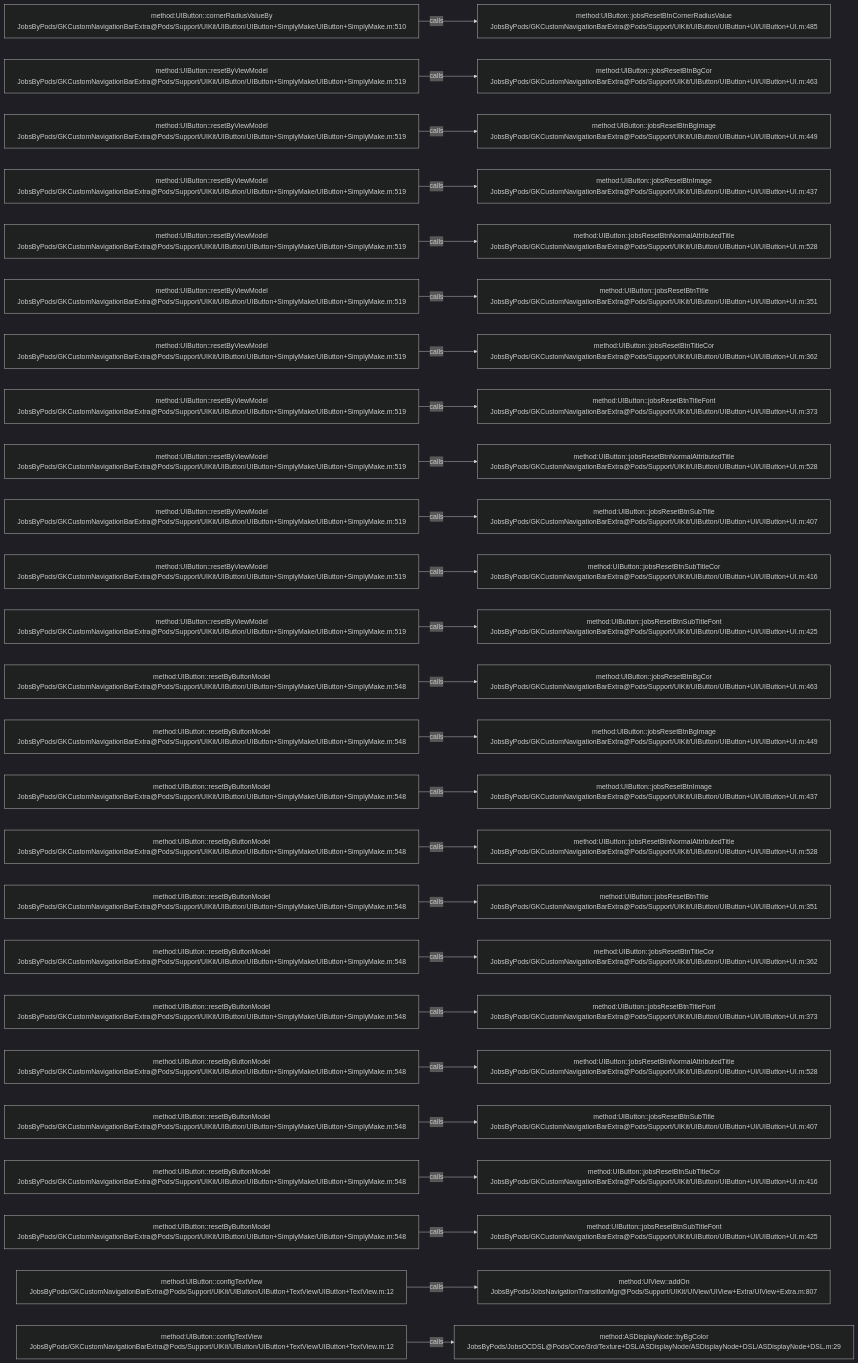
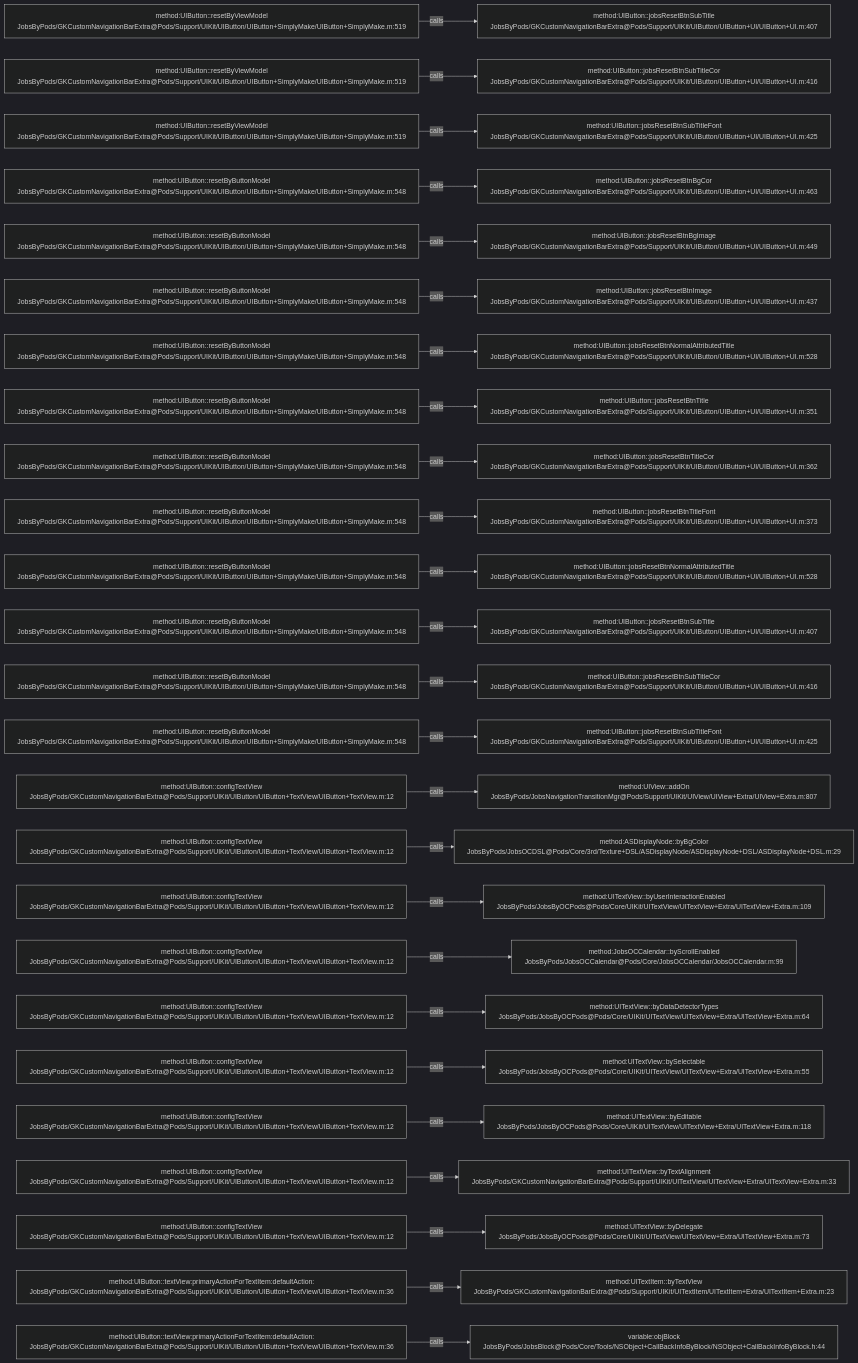
The diagram in .codegraph/codegraph.md/graphs/calls-025.md (JobsKits/JobsOCBaseConfigDemo), drawn with Mermaid (dark theme) before and after one commit. The commit also changed 223 other files, not shown here.

````diff
--- a/.codegraph/codegraph.md/graphs/calls-025.md
+++ b/.codegraph/codegraph.md/graphs/calls-025.md
@@ -13,78 +13,78 @@
 ```mermaid
 flowchart LR
-  S1["method:UIButton::cornerRadiusValueBy<br/>JobsByPods/GKCustomNavigationBarExtra@Pods/Support/UIKit/UIButton/UIButton+SimplyMake/UIButton+SimplyMake.m:510"]
-  T1["method:UIButton::jobsResetBtnCornerRadiusValue<br/>JobsByPods/GKCustomNavigationBarExtra@Pods/Support/UIKit/UIButton/UIButton+UI/UIButton+UI.m:485"]
+  S1["method:UIButton::resetByViewModel<br/>JobsByPods/GKCustomNavigationBarExtra@Pods/Support/UIKit/UIButton/UIButton+SimplyMake/UIButton+SimplyMake.m:519"]
+  T1["method:UIButton::jobsResetBtnSubTitle<br/>JobsByPods/GKCustomNavigationBarExtra@Pods/Support/UIKit/UIButton/UIButton+UI/UIButton+UI.m:407"]
   S1 -->|calls| T1
   S2["method:UIButton::resetByViewModel<br/>JobsByPods/GKCustomNavigationBarExtra@Pods/Support/UIKit/UIButton/UIButton+SimplyMake/UIButton+SimplyMake.m:519"]
-  T2["method:UIButton::jobsResetBtnBgCor<br/>JobsByPods/GKCustomNavigationBarExtra@Pods/Support/UIKit/UIButton/UIButton+UI/UIButton+UI.m:463"]
+  T2["method:UIButton::jobsResetBtnSubTitleCor<br/>JobsByPods/GKCustomNavigationBarExtra@Pods/Support/UIKit/UIButton/UIButton+UI/UIButton+UI.m:416"]
   S2 -->|calls| T2
   S3["method:UIButton::resetByViewModel<br/>JobsByPods/GKCustomNavigationBarExtra@Pods/Support/UIKit/UIButton/UIButton+SimplyMake/UIButton+SimplyMake.m:519"]
-  T3["method:UIButton::jobsResetBtnBgImage<br/>JobsByPods/GKCustomNavigationBarExtra@Pods/Support/UIKit/UIButton/UIButton+UI/UIButton+UI.m:449"]
+  T3["method:UIButton::jobsResetBtnSubTitleFont<br/>JobsByPods/GKCustomNavigationBarExtra@Pods/Support/UIKit/UIButton/UIButton+UI/UIButton+UI.m:425"]
   S3 -->|calls| T3
-  S4["method:UIButton::resetByViewModel<br/>JobsByPods/GKCustomNavigationBarExtra@Pods/Support/UIKit/UIButton/UIButton+SimplyMake/UIButton+SimplyMake.m:519"]
-  T4["method:UIButton::jobsResetBtnImage<br/>JobsByPods/GKCustomNavigationBarExtra@Pods/Support/UIKit/UIButton/UIButton+UI/UIButton+UI.m:437"]
+  S4["method:UIButton::resetByButtonModel<br/>JobsByPods/GKCustomNavigationBarExtra@Pods/Support/UIKit/UIButton/UIButton+SimplyMake/UIButton+SimplyMake.m:548"]
+  T4["method:UIButton::jobsResetBtnBgCor<br/>JobsByPods/GKCustomNavigationBarExtra@Pods/Support/UIKit/UIButton/UIButton+UI/UIButton+UI.m:463"]
   S4 -->|calls| T4
-  S5["method:UIButton::resetByViewModel<br/>JobsByPods/GKCustomNavigationBarExtra@Pods/Support/UIKit/UIButton/UIButton+SimplyMake/UIButton+SimplyMake.m:519"]
-  T5["method:UIButton::jobsResetBtnNormalAttributedTitle<br/>JobsByPods/GKCustomNavigationBarExtra@Pods/Support/UIKit/UIButton/UIButton+UI/UIButton+UI.m:528"]
+  S5["method:UIButton::resetByButtonModel<br/>JobsByPods/GKCustomNavigationBarExtra@Pods/Support/UIKit/UIButton/UIButton+SimplyMake/UIButton+SimplyMake.m:548"]
+  T5["method:UIButton::jobsResetBtnBgImage<br/>JobsByPods/GKCustomNavigationBarExtra@Pods/Support/UIKit/UIButton/UIButton+UI/UIButton+UI.m:449"]
   S5 -->|calls| T5
-  S6["method:UIButton::resetByViewModel<br/>JobsByPods/GKCustomNavigationBarExtra@Pods/Support/UIKit/UIButton/UIButton+SimplyMake/UIButton+SimplyMake.m:519"]
-  T6["method:UIButton::jobsResetBtnTitle<br/>JobsByPods/GKCustomNavigationBarExtra@Pods/Support/UIKit/UIButton/UIButton+UI/UIButton+UI.m:351"]
+  S6["method:UIButton::resetByButtonModel<br/>JobsByPods/GKCustomNavigationBarExtra@Pods/Support/UIKit/UIButton/UIButton+SimplyMake/UIButton+SimplyMake.m:548"]
+  T6["method:UIButton::jobsResetBtnImage<br/>JobsByPods/GKCustomNavigationBarExtra@Pods/Support/UIKit/UIButton/UIButton+UI/UIButton+UI.m:437"]
   S6 -->|calls| T6
-  S7["method:UIButton::resetByViewModel<br/>JobsByPods/GKCustomNavigationBarExtra@Pods/Support/UIKit/UIButton/UIButton+SimplyMake/UIButton+SimplyMake.m:519"]
-  T7["method:UIButton::jobsResetBtnTitleCor<br/>JobsByPods/GKCustomNavigationBarExtra@Pods/Support/UIKit/UIButton/UIButton+UI/UIButton+UI.m:362"]
+  S7["method:UIButton::resetByButtonModel<br/>JobsByPods/GKCustomNavigationBarExtra@Pods/Support/UIKit/UIButton/UIButton+SimplyMake/UIButton+SimplyMake.m:548"]
+  T7["method:UIButton::jobsResetBtnNormalAttributedTitle<br/>JobsByPods/GKCustomNavigationBarExtra@Pods/Support/UIKit/UIButton/UIButton+UI/UIButton+UI.m:528"]
   S7 -->|calls| T7
-  S8["method:UIButton::resetByViewModel<br/>JobsByPods/GKCustomNavigationBarExtra@Pods/Support/UIKit/UIButton/UIButton+SimplyMake/UIButton+SimplyMake.m:519"]
-  T8["method:UIButton::jobsResetBtnTitleFont<br/>JobsByPods/GKCustomNavigationBarExtra@Pods/Support/UIKit/UIButton/UIButton+UI/UIButton+UI.m:373"]
+  S8["method:UIButton::resetByButtonModel<br/>JobsByPods/GKCustomNavigationBarExtra@Pods/Support/UIKit/UIButton/UIButton+SimplyMake/UIButton+SimplyMake.m:548"]
+  T8["method:UIButton::jobsResetBtnTitle<br/>JobsByPods/GKCustomNavigationBarExtra@Pods/Support/UIKit/UIButton/UIButton+UI/UIButton+UI.m:351"]
   S8 -->|calls| T8
-  S9["method:UIButton::resetByViewModel<br/>JobsByPods/GKCustomNavigationBarExtra@Pods/Support/UIKit/UIButton/UIButton+SimplyMake/UIButton+SimplyMake.m:519"]
-  T9["method:UIButton::jobsResetBtnNormalAttributedTitle<br/>JobsByPods/GKCustomNavigationBarExtra@Pods/Support/UIKit/UIButton/UIButton+UI/UIButton+UI.m:528"]
+  S9["method:UIButton::resetByButtonModel<br/>JobsByPods/GKCustomNavigationBarExtra@Pods/Support/UIKit/UIButton/UIButton+SimplyMake/UIButton+SimplyMake.m:548"]
+  T9["method:UIButton::jobsResetBtnTitleCor<br/>JobsByPods/GKCustomNavigationBarExtra@Pods/Support/UIKit/UIButton/UIButton+UI/UIButton+UI.m:362"]
   S9 -->|calls| T9
-  S10["method:UIButton::resetByViewModel<br/>JobsByPods/GKCustomNavigationBarExtra@Pods/Support/UIKit/UIButton/UIButton+SimplyMake/UIButton+SimplyMake.m:519"]
-  T10["method:UIButton::jobsResetBtnSubTitle<br/>JobsByPods/GKCustomNavigationBarExtra@Pods/Support/UIKit/UIButton/UIButton+UI/UIButton+UI.m:407"]
+  S10["method:UIButton::resetByButtonModel<br/>JobsByPods/GKCustomNavigationBarExtra@Pods/Support/UIKit/UIButton/UIButton+SimplyMake/UIButton+SimplyMake.m:548"]
+  T10["method:UIButton::jobsResetBtnTitleFont<br/>JobsByPods/GKCustomNavigationBarExtra@Pods/Support/UIKit/UIButton/UIButton+UI/UIButton+UI.m:373"]
   S10 -->|calls| T10
-  S11["method:UIButton::resetByViewModel<br/>JobsByPods/GKCustomNavigationBarExtra@Pods/Support/UIKit/UIButton/UIButton+SimplyMake/UIButton+SimplyMake.m:519"]
-  T11["method:UIButton::jobsResetBtnSubTitleCor<br/>JobsByPods/GKCustomNavigationBarExtra@Pods/Support/UIKit/UIButton/UIButton+UI/UIButton+UI.m:416"]
+  S11["method:UIButton::resetByButtonModel<br/>JobsByPods/GKCustomNavigationBarExtra@Pods/Support/UIKit/UIButton/UIButton+SimplyMake/UIButton+SimplyMake.m:548"]
+  T11["method:UIButton::jobsResetBtnNormalAttributedTitle<br/>JobsByPods/GKCustomNavigationBarExtra@Pods/Support/UIKit/UIButton/UIButton+UI/UIButton+UI.m:528"]
   S11 -->|calls| T11
-  S12["method:UIButton::resetByViewModel<br/>JobsByPods/GKCustomNavigationBarExtra@Pods/Support/UIKit/UIButton/UIButton+SimplyMake/UIButton+SimplyMake.m:519"]
-  T12["method:UIButton::jobsResetBtnSubTitleFont<br/>JobsByPods/GKCustomNavigationBarExtra@Pods/Support/UIKit/UIButton/UIButton+UI/UIButton+UI.m:425"]
+  S12["method:UIButton::resetByButtonModel<br/>JobsByPods/GKCustomNavigationBarExtra@Pods/Support/UIKit/UIButton/UIButton+SimplyMake/UIButton+SimplyMake.m:548"]
+  T12["method:UIButton::jobsResetBtnSubTitle<br/>JobsByPods/GKCustomNavigationBarExtra@Pods/Support/UIKit/UIButton/UIButton+UI/UIButton+UI.m:407"]
   S12 -->|calls| T12
   S13["method:UIButton::resetByButtonModel<br/>JobsByPods/GKCustomNavigationBarExtra@Pods/Support/UIKit/UIButton/UIButton+SimplyMake/UIButton+SimplyMake.m:548"]
-  T13["method:UIButton::jobsResetBtnBgCor<br/>JobsByPods/GKCustomNavigationBarExtra@Pods/Support/UIKit/UIButton/UIButton+UI/UIButton+UI.m:463"]
+  T13["method:UIButton::jobsResetBtnSubTitleCor<br/>JobsByPods/GKCustomNavigationBarExtra@Pods/Support/UIKit/UIButton/UIButton+UI/UIButton+UI.m:416"]
   S13 -->|calls| T13
   S14["method:UIButton::resetByButtonModel<br/>JobsByPods/GKCustomNavigationBarExtra@Pods/Support/UIKit/UIButton/UIButton+SimplyMake/UIButton+SimplyMake.m:548"]
-  T14["method:UIButton::jobsResetBtnBgImage<br/>JobsByPods/GKCustomNavigationBarExtra@Pods/Support/UIKit/UIButton/UIButton+UI/UIButton+UI.m:449"]
+  T14["method:UIButton::jobsResetBtnSubTitleFont<br/>JobsByPods/GKCustomNavigationBarExtra@Pods/Support/UIKit/UIButton/UIButton+UI/UIButton+UI.m:425"]
   S14 -->|calls| T14
-  S15["method:UIButton::resetByButtonModel<br/>JobsByPods/GKCustomNavigationBarExtra@Pods/Support/UIKit/UIButton/UIButton+SimplyMake/UIButton+SimplyMake.m:548"]
-  T15["method:UIButton::jobsResetBtnImage<br/>JobsByPods/GKCustomNavigationBarExtra@Pods/Support/UIKit/UIButton/UIButton+UI/UIButton+UI.m:437"]
+  S15["method:UIButton::configTextView<br/>JobsByPods/GKCustomNavigationBarExtra@Pods/Support/UIKit/UIButton/UIButton+TextView/UIButton+TextView.m:12"]
+  T15["method:UIView::addOn<br/>JobsByPods/JobsNavigationTransitionMgr@Pods/Support/UIKit/UIView/UIView+Extra/UIView+Extra.m:807"]
   S15 -->|calls| T15
-  S16["method:UIButton::resetByButtonModel<br/>JobsByPods/GKCustomNavigationBarExtra@Pods/Support/UIKit/UIButton/UIButton+SimplyMake/UIButton+SimplyMake.m:548"]
-  T16["method:UIButton::jobsResetBtnNormalAttributedTitle<br/>JobsByPods/GKCustomNavigationBarExtra@Pods/Support/UIKit/UIButton/UIButton+UI/UIButton+UI.m:528"]
+  S16["method:UIButton::configTextView<br/>JobsByPods/GKCustomNavigationBarExtra@Pods/Support/UIKit/UIButton/UIButton+TextView/UIButton+TextView.m:12"]
+  T16["method:ASDisplayNode::byBgColor<br/>JobsByPods/JobsOCDSL@Pods/Core/3rd/Texture+DSL/ASDisplayNode/ASDisplayNode+DSL/ASDisplayNode+DSL.m:29"]
   S16 -->|calls| T16
-  S17["method:UIButton::resetByButtonModel<br/>JobsByPods/GKCustomNavigationBarExtra@Pods/Support/UIKit/UIButton/UIButton+SimplyMake/UIButton+SimplyMake.m:548"]
-  T17["method:UIButton::jobsResetBtnTitle<br/>JobsByPods/GKCustomNavigationBarExtra@Pods/Support/UIKit/UIButton/UIButton+UI/UIButton+UI.m:351"]
+  S17["method:UIButton::configTextView<br/>JobsByPods/GKCustomNavigationBarExtra@Pods/Support/UIKit/UIButton/UIButton+TextView/UIButton+TextView.m:12"]
+  T17["method:UITextView::byUserInteractionEnabled<br/>JobsByPods/JobsByOCPods@Pods/Core/UIKit/UITextView/UITextView+Extra/UITextView+Extra.m:109"]
   S17 -->|calls| T17
-  S18["method:UIButton::resetByButtonModel<br/>JobsByPods/GKCustomNavigationBarExtra@Pods/Support/UIKit/UIButton/UIButton+SimplyMake/UIButton+SimplyMake.m:548"]
-  T18["method:UIButton::jobsResetBtnTitleCor<br/>JobsByPods/GKCustomNavigationBarExtra@Pods/Support/UIKit/UIButton/UIButton+UI/UIButton+UI.m:362"]
+  S18["method:UIButton::configTextView<br/>JobsByPods/GKCustomNavigationBarExtra@Pods/Support/UIKit/UIButton/UIButton+TextView/UIButton+TextView.m:12"]
+  T18["method:JobsOCCalendar::byScrollEnabled<br/>JobsByPods/JobsOCCalendar@Pods/Core/JobsOCCalendar/JobsOCCalendar.m:99"]
   S18 -->|calls| T18
-  S19["method:UIButton::resetByButtonModel<br/>JobsByPods/GKCustomNavigationBarExtra@Pods/Support/UIKit/UIButton/UIButton+SimplyMake/UIButton+SimplyMake.m:548"]
-  T19["method:UIButton::jobsResetBtnTitleFont<br/>JobsByPods/GKCustomNavigationBarExtra@Pods/Support/UIKit/UIButton/UIButton+UI/UIButton+UI.m:373"]
+  S19["method:UIButton::configTextView<br/>JobsByPods/GKCustomNavigationBarExtra@Pods/Support/UIKit/UIButton/UIButton+TextView/UIButton+TextView.m:12"]
+  T19["method:UITextView::byDataDetectorTypes<br/>JobsByPods/JobsByOCPods@Pods/Core/UIKit/UITextView/UITextView+Extra/UITextView+Extra.m:64"]
   S19 -->|calls| T19
-  S20["method:UIButton::resetByButtonModel<br/>JobsByPods/GKCustomNavigationBarExtra@Pods/Support/UIKit/UIButton/UIButton+SimplyMake/UIButton+SimplyMake.m:548"]
-  T20["method:UIButton::jobsResetBtnNormalAttributedTitle<br/>JobsByPods/GKCustomNavigationBarExtra@Pods/Support/UIKit/UIButton/UIButton+UI/UIButton+UI.m:528"]
+  S20["method:UIButton::configTextView<br/>JobsByPods/GKCustomNavigationBarExtra@Pods/Support/UIKit/UIButton/UIButton+TextView/UIButton+TextView.m:12"]
+  T20["method:UITextView::bySelectable<br/>JobsByPods/JobsByOCPods@Pods/Core/UIKit/UITextView/UITextView+Extra/UITextView+Extra.m:55"]
   S20 -->|calls| T20
-  S21["method:UIButton::resetByButtonModel<br/>JobsByPods/GKCustomNavigationBarExtra@Pods/Support/UIKit/UIButton/UIButton+SimplyMake/UIButton+SimplyMake.m:548"]
-  T21["method:UIButton::jobsResetBtnSubTitle<br/>JobsByPods/GKCustomNavigationBarExtra@Pods/Support/UIKit/UIButton/UIButton+UI/UIButton+UI.m:407"]
+  S21["method:UIButton::configTextView<br/>JobsByPods/GKCustomNavigationBarExtra@Pods/Support/UIKit/UIButton/UIButton+TextView/UIButton+TextView.m:12"]
+  T21["method:UITextView::byEditable<br/>JobsByPods/JobsByOCPods@Pods/Core/UIKit/UITextView/UITextView+Extra/UITextView+Extra.m:118"]
   S21 -->|calls| T21
-  S22["method:UIButton::resetByButtonModel<br/>JobsByPods/GKCustomNavigationBarExtra@Pods/Support/UIKit/UIButton/UIButton+SimplyMake/UIButton+SimplyMake.m:548"]
-  T22["method:UIButton::jobsResetBtnSubTitleCor<br/>JobsByPods/GKCustomNavigationBarExtra@Pods/Support/UIKit/UIButton/UIButton+UI/UIButton+UI.m:416"]
+  S22["method:UIButton::configTextView<br/>JobsByPods/GKCustomNavigationBarExtra@Pods/Support/UIKit/UIButton/UIButton+TextView/UIButton+TextView.m:12"]
+  T22["method:UITextView::byTextAlignment<br/>JobsByPods/GKCustomNavigationBarExtra@Pods/Support/UIKit/UITextView/UITextView+Extra/UITextView+Extra.m:33"]
   S22 -->|calls| T22
-  S23["method:UIButton::resetByButtonModel<br/>JobsByPods/GKCustomNavigationBarExtra@Pods/Support/UIKit/UIButton/UIButton+SimplyMake/UIButton+SimplyMake.m:548"]
-  T23["method:UIButton::jobsResetBtnSubTitleFont<br/>JobsByPods/GKCustomNavigationBarExtra@Pods/Support/UIKit/UIButton/UIButton+UI/UIButton+UI.m:425"]
+  S23["method:UIButton::configTextView<br/>JobsByPods/GKCustomNavigationBarExtra@Pods/Support/UIKit/UIButton/UIButton+TextView/UIButton+TextView.m:12"]
+  T23["method:UITextView::byDelegate<br/>JobsByPods/JobsByOCPods@Pods/Core/UIKit/UITextView/UITextView+Extra/UITextView+Extra.m:73"]
   S23 -->|calls| T23
-  S24["method:UIButton::configTextView<br/>JobsByPods/GKCustomNavigationBarExtra@Pods/Support/UIKit/UIButton/UIButton+TextView/UIButton+TextView.m:12"]
-  T24["method:UIView::addOn<br/>JobsByPods/JobsNavigationTransitionMgr@Pods/Support/UIKit/UIView/UIView+Extra/UIView+Extra.m:807"]
+  S24["method:UIButton::textView:primaryActionForTextItem:defaultAction:<br/>JobsByPods/GKCustomNavigationBarExtra@Pods/Support/UIKit/UIButton/UIButton+TextView/UIButton+TextView.m:36"]
+  T24["method:UITextItem::byTextView<br/>JobsByPods/GKCustomNavigationBarExtra@Pods/Support/UIKit/UITextItem/UITextItem+Extra/UITextItem+Extra.m:23"]
   S24 -->|calls| T24
-  S25["method:UIButton::configTextView<br/>JobsByPods/GKCustomNavigationBarExtra@Pods/Support/UIKit/UIButton/UIButton+TextView/UIButton+TextView.m:12"]
-  T25["method:ASDisplayNode::byBgColor<br/>JobsByPods/JobsOCDSL@Pods/Core/3rd/Texture+DSL/ASDisplayNode/ASDisplayNode+DSL/ASDisplayNode+DSL.m:29"]
+  S25["method:UIButton::textView:primaryActionForTextItem:defaultAction:<br/>JobsByPods/GKCustomNavigationBarExtra@Pods/Support/UIKit/UIButton/UIButton+TextView/UIButton+TextView.m:36"]
+  T25["variable:objBlock<br/>JobsByPods/JobsBlock@Pods/Core/Tools/NSObject+CallBackInfoByBlock/NSObject+CallBackInfoByBlock.h:44"]
   S25 -->|calls| T25
 ```
````
